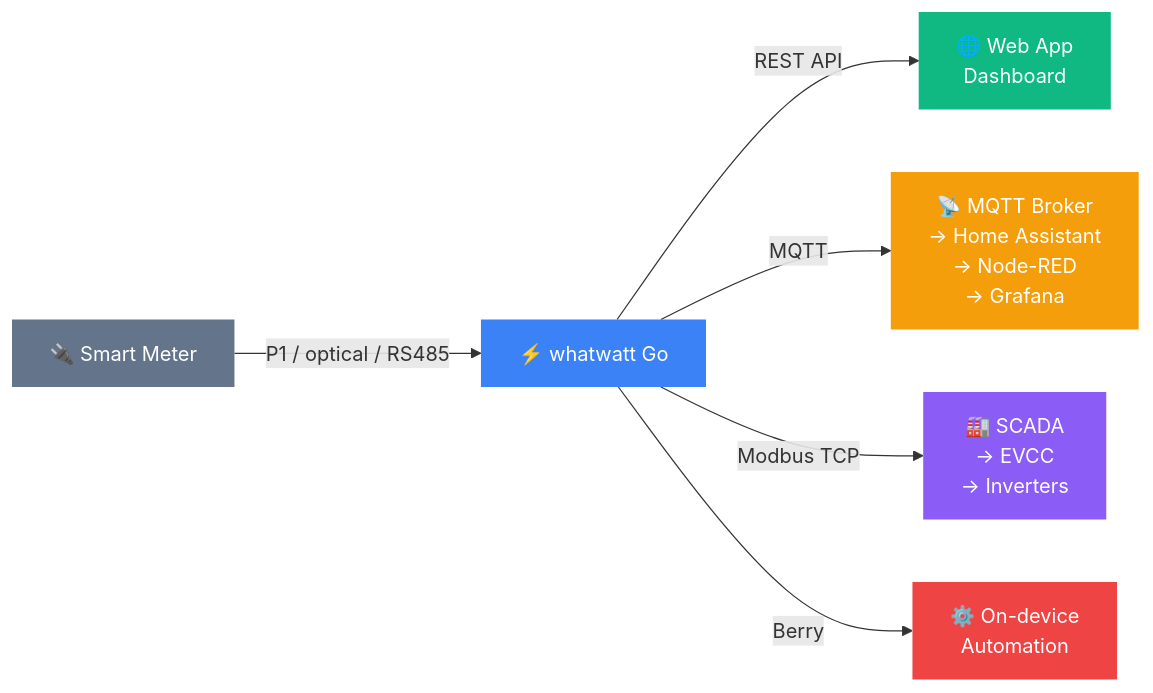
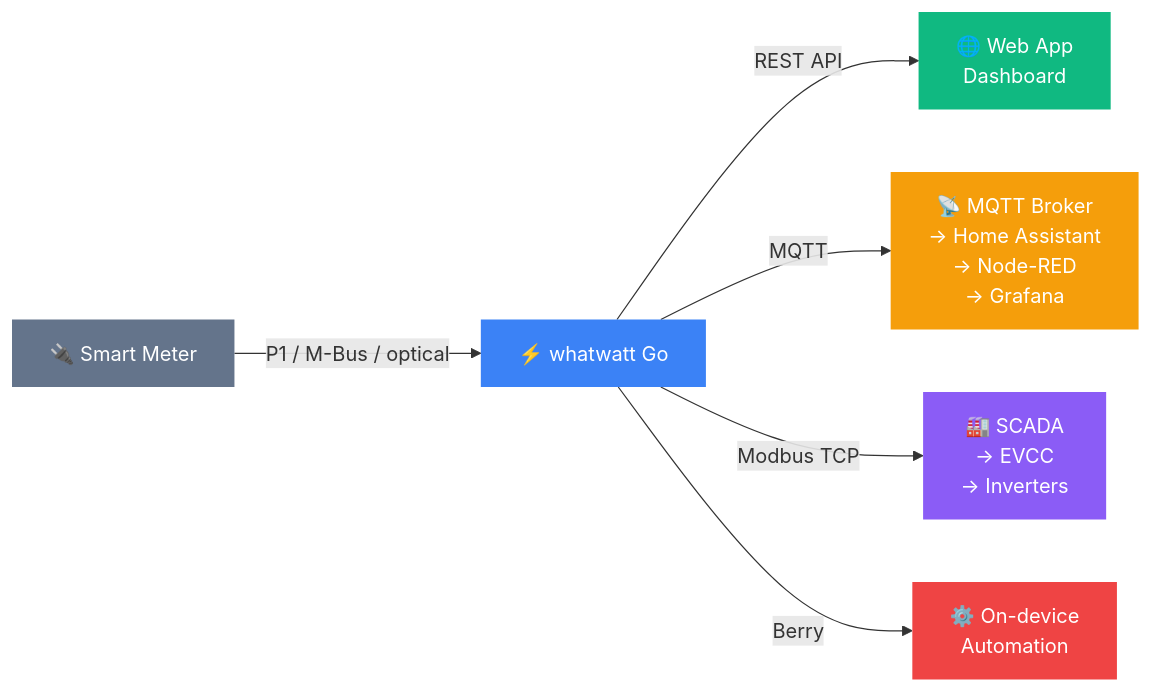
Before and after one commit to whatwatt-ch/whatwatt-go-documentation: the first of 2 diagrams in docs/index.md, drawn with Mermaid. The commit also changed other lines of this file and 1 other file, not shown here.

Commit message:
docs: replace RS485 with correct interfaces (P1/M-Bus/TTL/MEP/optical)
The device does not have an RS485 interface. Corrected references in:
- docs/index.md: Mermaid diagram and architecture description
- docs/35-modbus/examples.md: Huawei SmartLogger/EMMA description

````diff
--- a/docs/index.md
+++ b/docs/index.md
@@ -31,14 +31,14 @@
 ```mermaid
 graph LR
-    SM["🔌 Smart Meter"] -->|P1 / optical / RS485| WW["⚡ whatwatt Go"]
+    SM["🔌 Smart Meter"] -->|P1 / M-Bus / optical| WW["⚡ whatwatt Go"]
     WW -->|REST API| REST["🌐 Web App\nDashboard"]
     WW -->|MQTT| MQTT["📡 MQTT Broker\n→ Home Assistant\n→ Node-RED\n→ Grafana"]
     WW -->|Modbus TCP| MB["🏭 SCADA\n→ EVCC\n→ Inverters"]
     WW -->|Berry| BERRY["⚙️ On-device\nAutomation"]
     style WW fill:#3b82f6,color:#fff,stroke:none
     style SM fill:#64748b,color:#fff,stroke:none
     style REST fill:#10b981,color:#fff,stroke:none
     style MQTT fill:#f59e0b,color:#fff,stroke:none
     style MB fill:#8b5cf6,color:#fff,stroke:none
     style BERRY fill:#ef4444,color:#fff,stroke:none
 ```
````
